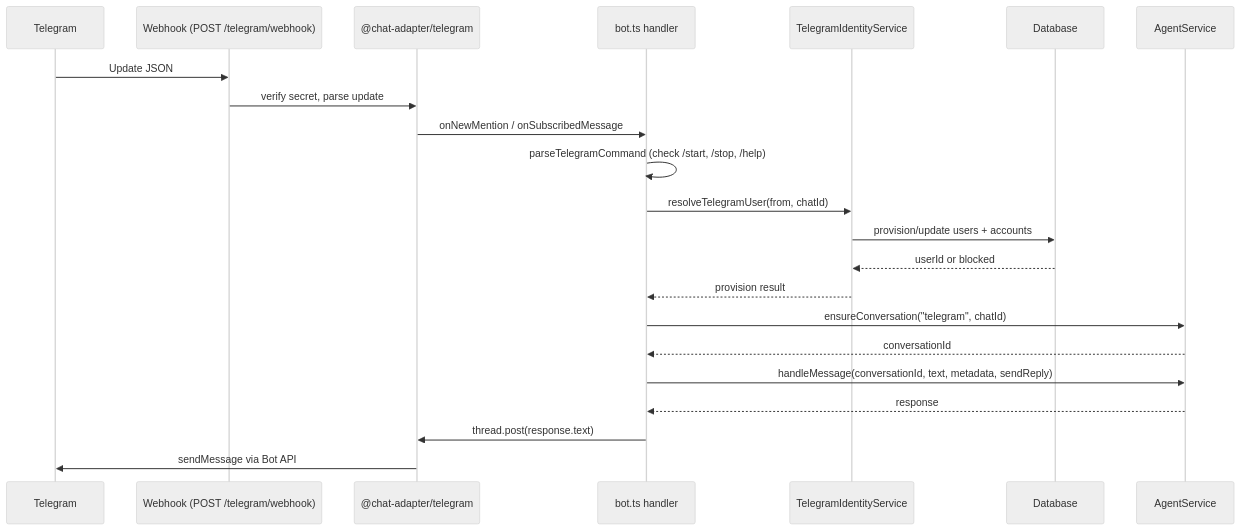
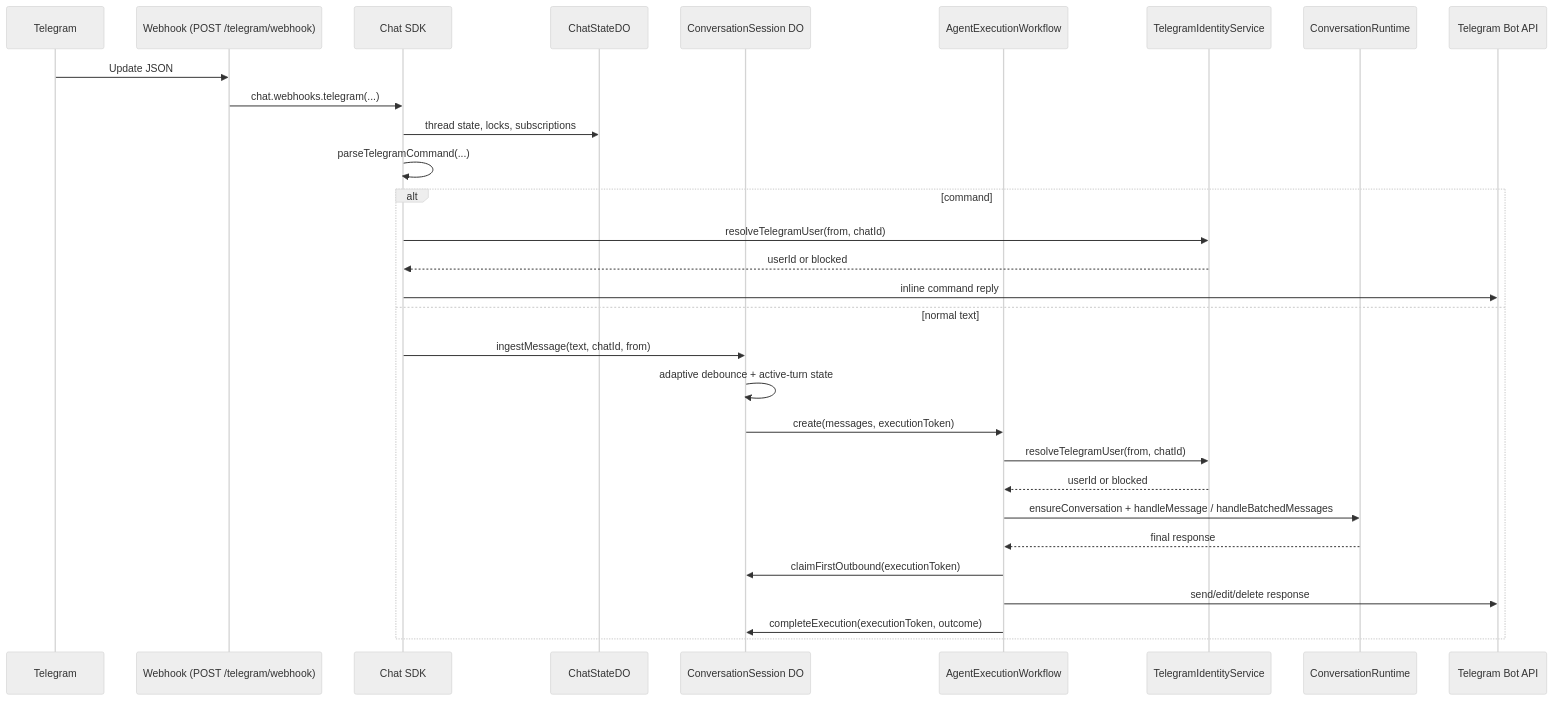
One commit to punitarani/amby changed the first of 2 diagrams in docs/CHANNELS.md. Above: the diagram before and after it, drawn with Mermaid (neutral theme). The commit also changed other lines of this file and 23 other files, not shown here.

````diff
--- a/docs/CHANNELS.md
+++ b/docs/CHANNELS.md
@@ -17,25 +17,33 @@
 ```mermaid
 sequenceDiagram
     participant TG as Telegram
     participant WH as Webhook (POST /telegram/webhook)
-    participant CA as @chat-adapter/telegram
-    participant Bot as bot.ts handler
+    participant SDK as Chat SDK
+    participant State as ChatStateDO
+    participant Sess as ConversationSession DO
+    participant WF as AgentExecutionWorkflow
     participant Auth as TelegramIdentityService
-    participant DB as Database
-    participant Agent as AgentService
+    participant Agent as ConversationRuntime
+    participant API as Telegram Bot API
 
     TG->>WH: Update JSON
-    WH->>CA: verify secret, parse update
-    CA->>Bot: onNewMention / onSubscribedMessage
-    Bot->>Bot: parseTelegramCommand (check /start, /stop, /help)
-    Bot->>Auth: resolveTelegramUser(from, chatId)
-    Auth->>DB: provision/update users + accounts
-    DB-->>Auth: userId or blocked
-    Auth-->>Bot: provision result
-    Bot->>Agent: ensureConversation("telegram", chatId)
-    Agent-->>Bot: conversationId
-    Bot->>Agent: handleMessage(conversationId, text, metadata, sendReply)
-    Agent-->>Bot: response
-    Bot->>CA: thread.post(response.text)
-    CA->>TG: sendMessage via Bot API
+    WH->>SDK: chat.webhooks.telegram(...)
+    SDK->>State: thread state, locks, subscriptions
+    SDK->>SDK: parseTelegramCommand(...)
+    alt command
+        SDK->>Auth: resolveTelegramUser(from, chatId)
+        Auth-->>SDK: userId or blocked
+        SDK->>API: inline command reply
+    else normal text
+        SDK->>Sess: ingestMessage(text, chatId, from)
+        Sess->>Sess: adaptive debounce + active-turn state
+        Sess->>WF: create(messages, executionToken)
+        WF->>Auth: resolveTelegramUser(from, chatId)
+        Auth-->>WF: userId or blocked
+        WF->>Agent: ensureConversation + handleMessage / handleBatchedMessages
+        Agent-->>WF: final response
+        WF->>Sess: claimFirstOutbound(executionToken)
+        WF->>API: send/edit/delete response
+        WF->>Sess: completeExecution(executionToken, outcome)
+    end
 ```
````
